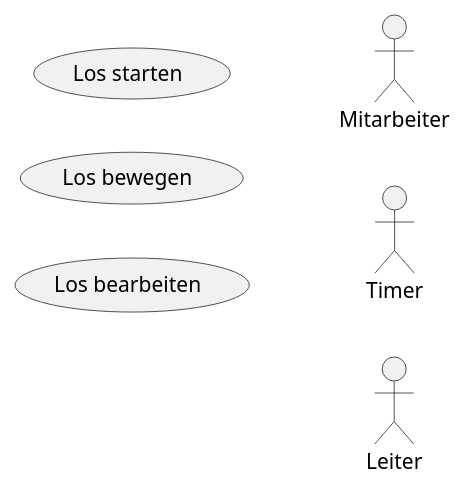
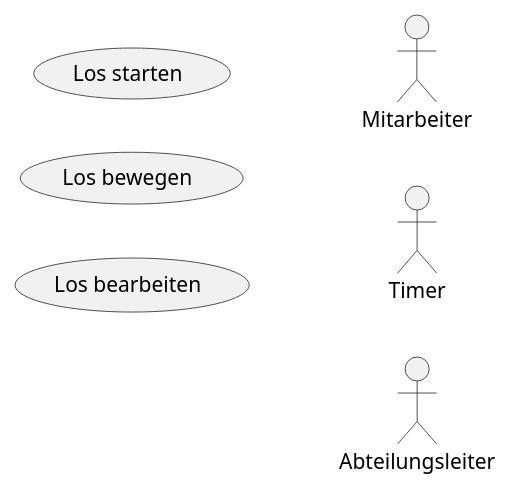
Before and after one commit to RichardSchultz-gh/semiconductor-logistics-automation: the diagram in docs/requirements/plantuml/usecasediagramm.puml, drawn with PlantUML. The commit also changed 5 other files, not shown here.

```diff
--- a/docs/requirements/plantuml/usecasediagramm.puml
+++ b/docs/requirements/plantuml/usecasediagramm.puml
@@ -1,14 +1,16 @@
 @startuml
 
 left to right direction
 
 usecase (Los starten) as UC01
 usecase (Los bewegen) as UC02
 usecase (Los bearbeiten) as UC03
 
 actor Mitarbeiter as m
 actor Timer as t
-actor Leiter as l
+actor Abteilungsleiter as al
+
+
 
 
 @enduml
```
